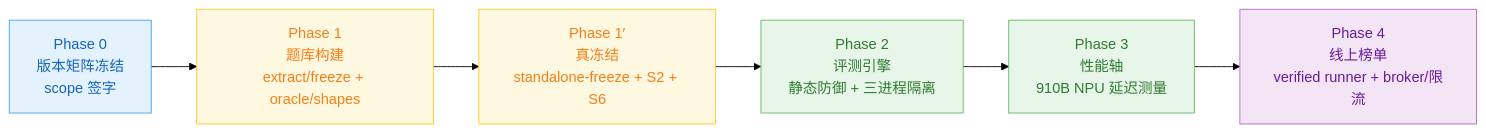
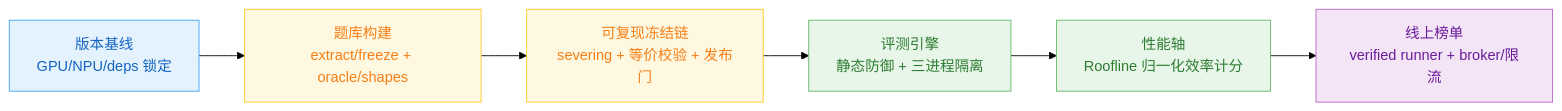
The tenth of 10 diagrams in docs/DESIGN.md (Gxj230958/TritonAscendBench), drawn with Mermaid (forest theme) before and after one commit. The commit also changed other lines of this file and 11 other files, not shown here.

First line of the commit message:
docs: finalize two-objective Roofline design spec and architecture docs

````diff
--- a/docs/DESIGN.md
+++ b/docs/DESIGN.md
@@ -680,18 +683,18 @@
 ```mermaid
 flowchart LR
-    P0["Phase 0<br/>版本矩阵冻结<br/>scope 签字"]
-    P1["Phase 1<br/>题库构建<br/>extract/freeze + oracle/shapes"]
-    P1P["Phase 1′<br/>真冻结<br/>standalone-freeze + S2 + S6"]
-    P2["Phase 2<br/>评测引擎<br/>静态防御 + 三进程隔离"]
-    P3["Phase 3<br/>性能轴<br/>910B NPU 延迟测量"]
-    P4["Phase 4<br/>线上榜单<br/>verified runner + broker/限流"]
+    P0["版本基线<br/>GPU/NPU/deps 锁定"]
+    P1["题库构建<br/>extract/freeze + oracle/shapes"]
+    P1P["可复现冻结链<br/>severing + 等价校验 + 发布门"]
+    P2["评测引擎<br/>静态防御 + 三进程隔离"]
+    P3["性能轴<br/>Roofline 归一化效率计分"]
+    P4["线上榜单<br/>verified runner + broker/限流"]
     P0 --> P1 --> P1P --> P2 --> P3 --> P4
     classDef plan fill:#E3F2FD,stroke:#42A5F5,color:#1565C0;
     classDef build fill:#FFF8E1,stroke:#FFCA28,color:#F57F17;
-    classDef engine fill:#E8F5E9,stroke:#66BB6A,color:#2E7D32;
-    classDef release fill:#F3E5F5,stroke:#BA68C8,color:#6A1B9A;
+    classDef eng fill:#E8F5E9,stroke:#66BB6A,color:#2E7D32;
+    classDef rel fill:#F3E5F5,stroke:#BA68C8,color:#6A1B9A;
     class P0 plan;
     class P1,P1P build;
-    class P2,P3 engine;
-    class P4 release;
+    class P2,P3 eng;
+    class P4 rel;
 ```
````
